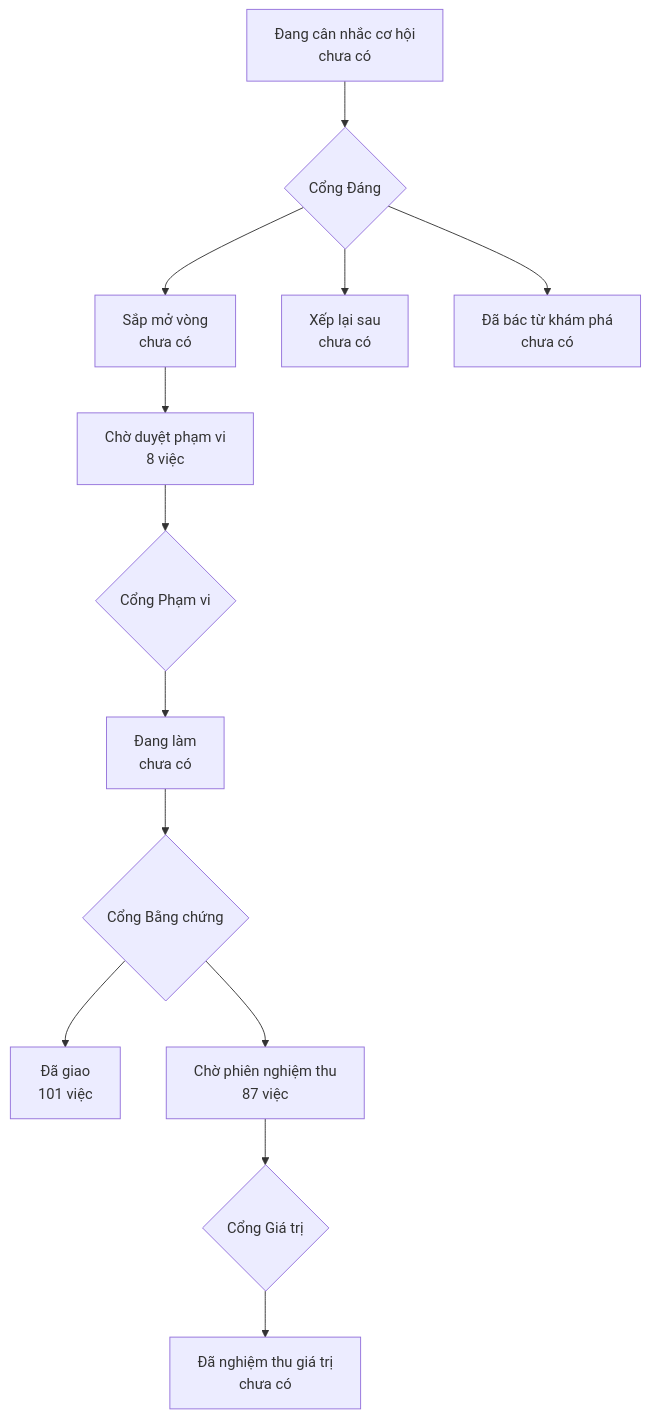
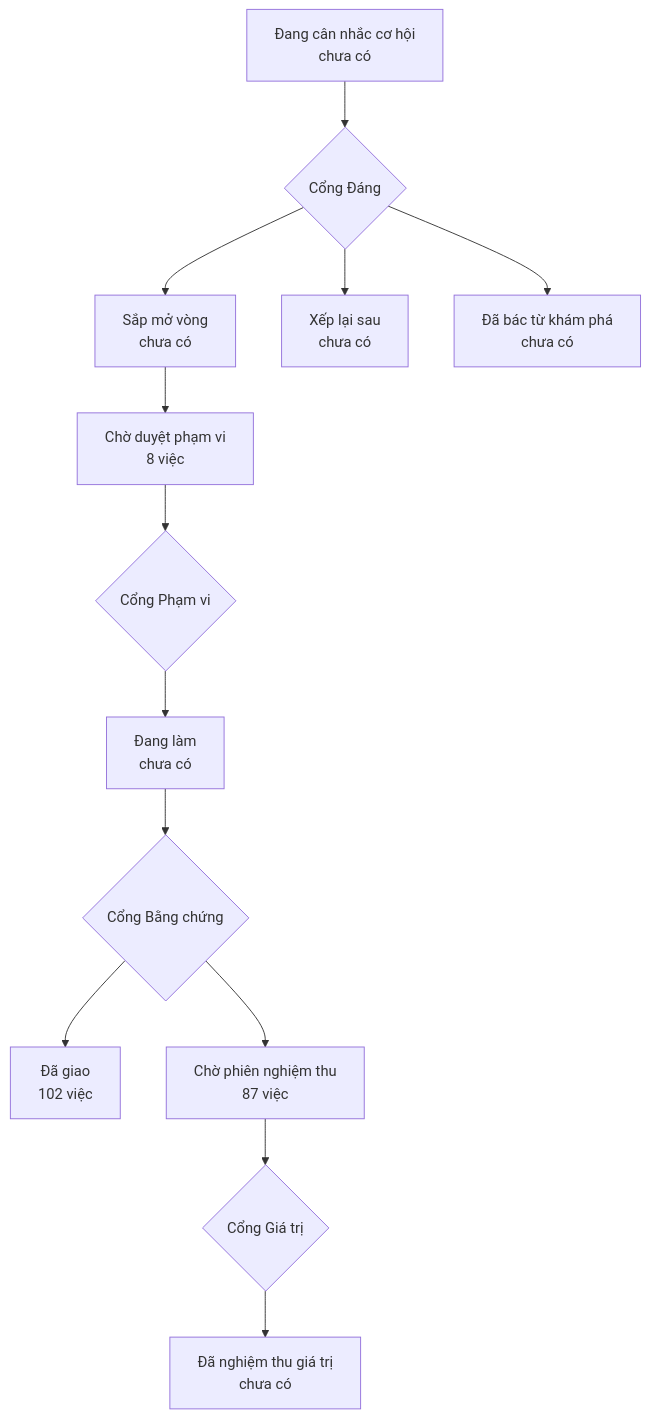
The diagram in PRODUCT-MAP.md (phanlemanh/onehub-invest), drawn with Mermaid before and after one commit. The commit also changed other lines of this file and 1 other file, not shown here.

Commit message:
chore(acceptance): vẽ lại bản đồ sau gộp main

````diff
--- a/PRODUCT-MAP.md
+++ b/PRODUCT-MAP.md
@@ -7,12 +7,12 @@
 ```mermaid
 flowchart TD
   A["Đang cân nhắc cơ hội<br/>chưa có"] --> GD{"Cổng Đáng"}
   GD --> B["Sắp mở vòng<br/>chưa có"]
   GD --> XL["Xếp lại sau<br/>chưa có"]
   GD --> DB["Đã bác từ khám phá<br/>chưa có"]
   B --> CD["Chờ duyệt phạm vi<br/>8 việc"] --> GP{"Cổng Phạm vi"}
   GP --> DL["Đang làm<br/>chưa có"] --> GB{"Cổng Bằng chứng"}
-  GB --> DG["Đã giao<br/>101 việc"]
+  GB --> DG["Đã giao<br/>102 việc"]
   GB --> CN["Chờ phiên nghiệm thu<br/>87 việc"] --> GG{"Cổng Giá trị"}
   GG --> NT["Đã nghiệm thu giá trị<br/>chưa có"]
 ```
````
